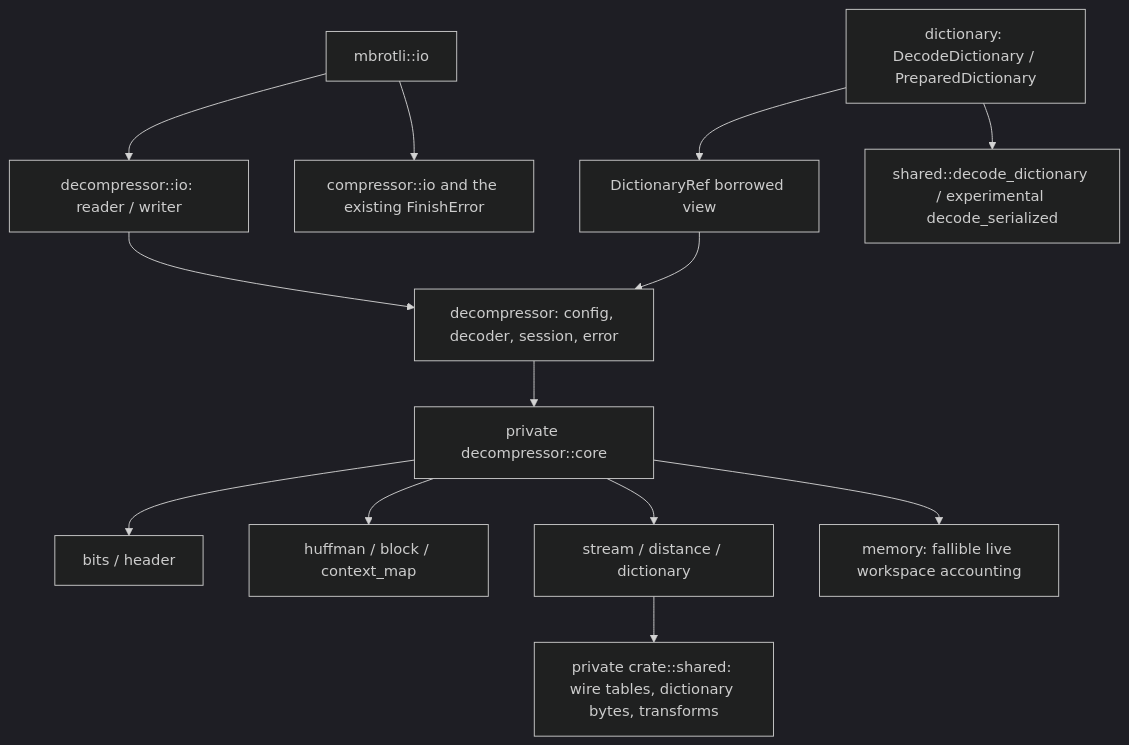
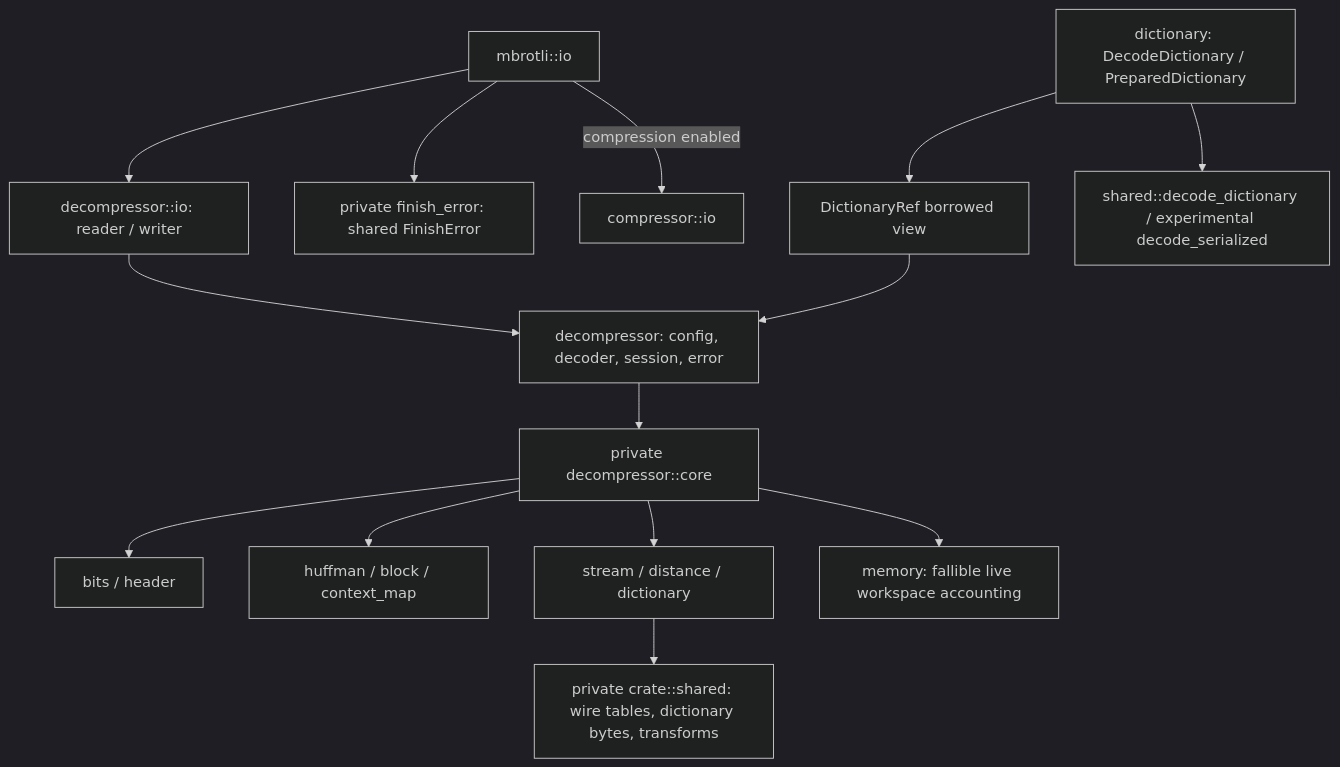
One commit to Mnwa/mbrotli changed the first of 4 diagrams in architecture/decompressor.md. Above: the diagram before and after it, drawn with Mermaid (dark theme). The commit also changed other lines of this file and 68 other files, not shown here.

````diff
--- a/architecture/decompressor.md
+++ b/architecture/decompressor.md
@@ -11,15 +13,16 @@
 ```mermaid
 graph TD
     API[decompressor: config, decoder, session, error] --> Core[private decompressor::core]
     IO[decompressor::io: reader / writer] --> API
     Facade[mbrotli::io] --> IO
-    Facade --> EncoderIO[compressor::io and the existing FinishError]
+    Facade --> Finish[private finish_error: shared FinishError]
+    Facade -->|compression enabled| EncoderIO[compressor::io]
     Core --> Bits[bits / header]
     Core --> Entropy[huffman / block / context_map]
     Core --> Regen[stream / distance / dictionary]
     Core --> Memory[memory: fallible live workspace accounting]
     Regen --> Shared[private crate::shared: wire tables, dictionary bytes, transforms]
     Dict[dictionary: DecodeDictionary / PreparedDictionary] --> View[DictionaryRef borrowed view]
     View --> API
     Dict --> Store[shared::decode_dictionary / experimental decode_serialized]
 ```
````
